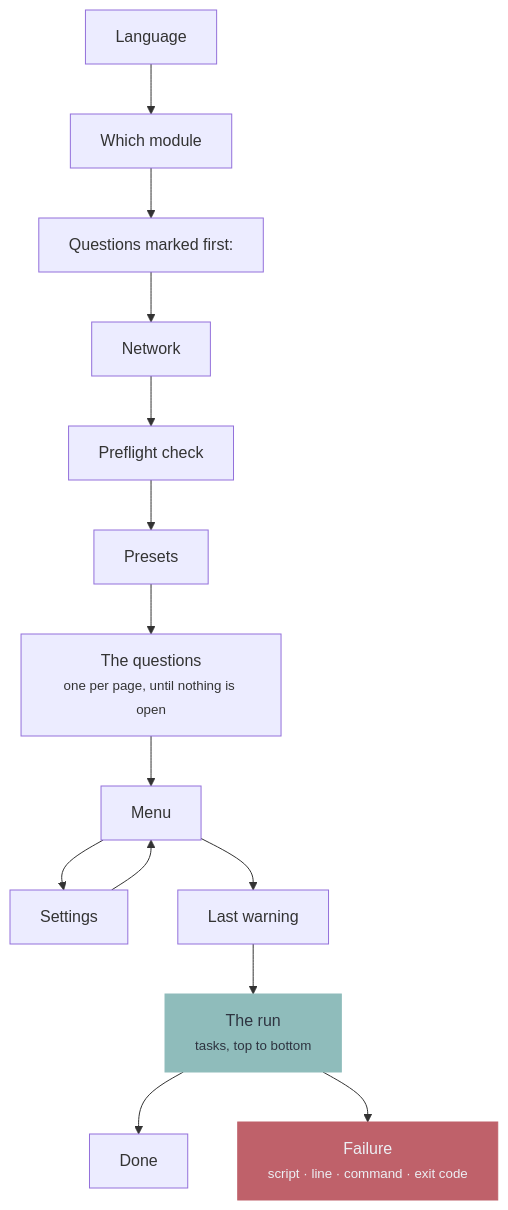
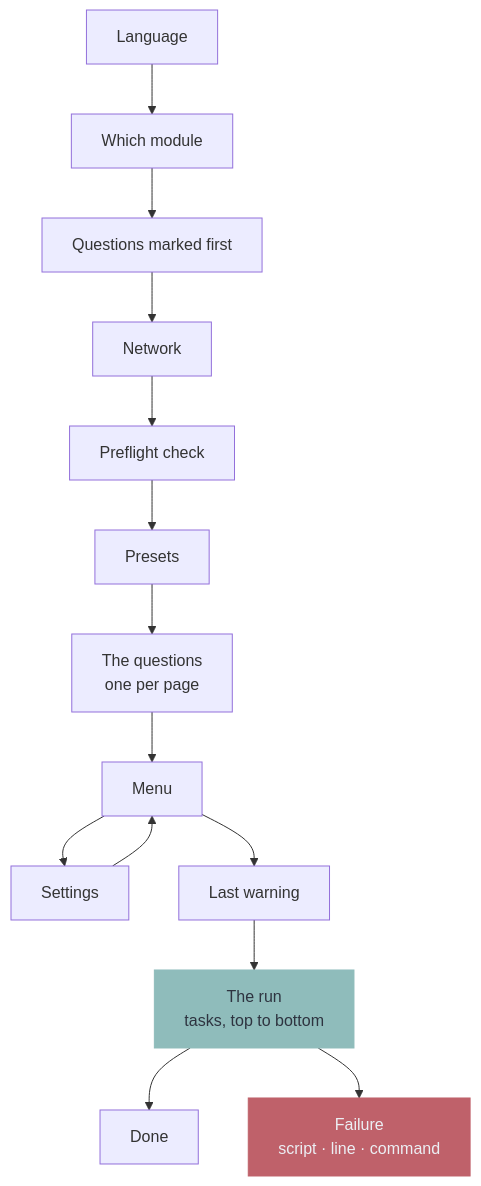
Before and after one commit to murkl/oak: the second of 3 diagrams in docs/README.md, drawn with Mermaid. The commit also changed other lines of this file and 33 other files, not shown here.

````diff
--- a/docs/README.md
+++ b/docs/README.md
@@ -75,14 +79,14 @@
 ```mermaid
 flowchart TD
-    L["Language"] --> W["Which module"] --> Q1["Questions marked first:"]
+    L["Language"] --> W["Which module"] --> Q1["Questions marked first"]
     Q1 --> N["Network"] --> P["Preflight check"] --> PR["Presets"]
-    PR --> Q["The questions<br/><small>one per page, until nothing is open</small>"]
+    PR --> Q["The questions<br/>one per page"]
     Q --> H["Menu"]
     H --> SE["Settings"] --> H
-    H --> CF["Last warning"] --> R["The run<br/><small>tasks, top to bottom</small>"]
+    H --> CF["Last warning"] --> R["The run<br/>tasks, top to bottom"]
     R --> OK["Done"]
-    R --> ER["Failure<br/><small>script · line · command · exit code</small>"]
+    R --> ER["Failure<br/>script · line · command"]
 
     style ER fill:#bf616a,stroke:#bf616a,color:#eceff4
     style R fill:#8fbcbb,stroke:#8fbcbb,color:#2e3440
 ```
````
